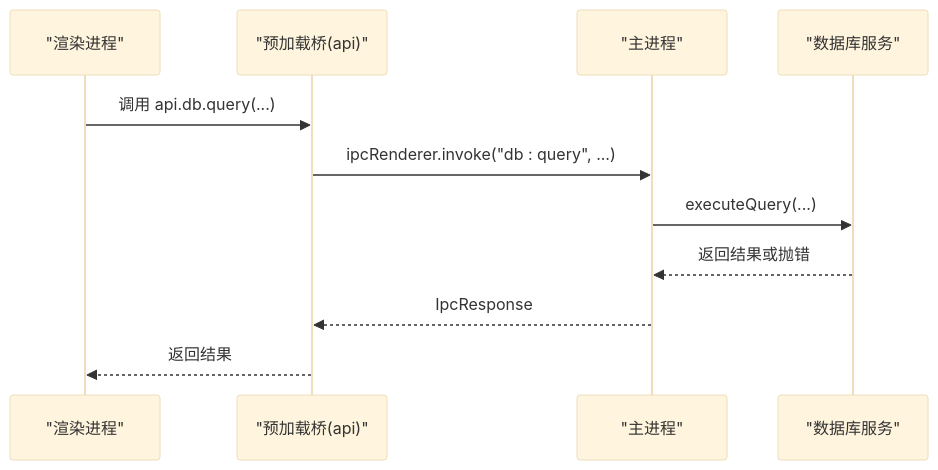
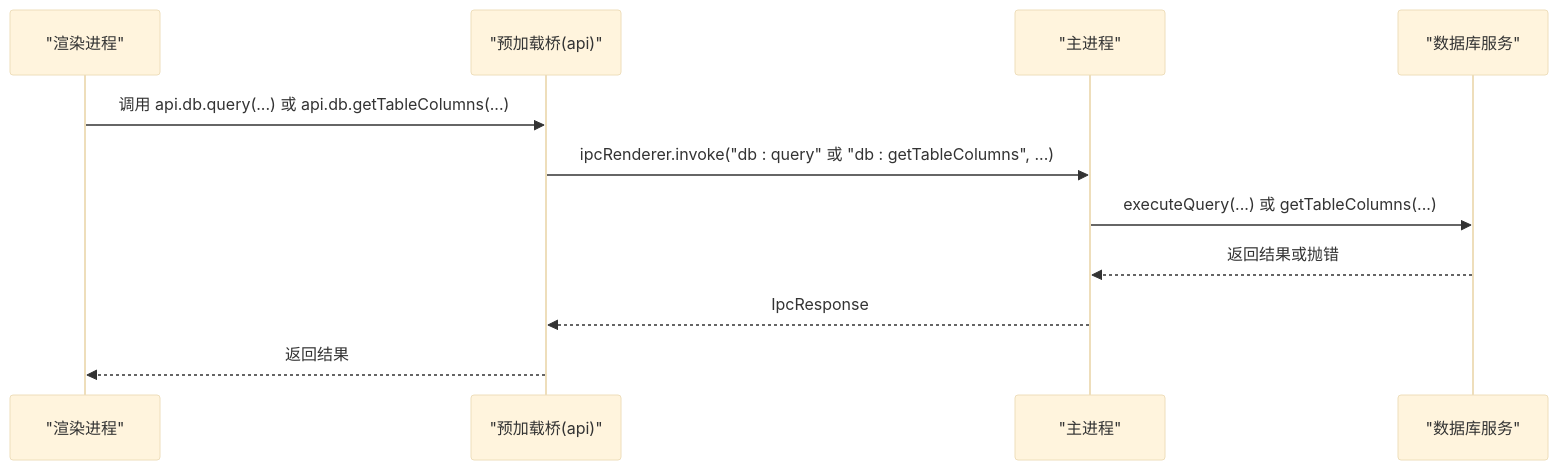
The seventh of 9 diagrams in .qoder/repowiki/zh/content/前端组件系统/查询编辑器组件.md (wwenbo2048/nexsql), drawn with Mermaid (base theme) before and after one commit. The commit also changed other lines of this file and 10 other files, not shown here.

````diff
--- a/.qoder/repowiki/zh/content/前端组件系统/查询编辑器组件.md
+++ b/.qoder/repowiki/zh/content/前端组件系统/查询编辑器组件.md
@@ -451,13 +502,13 @@
 ```mermaid
 sequenceDiagram
 participant R as "渲染进程"
 participant P as "预加载桥(api)"
 participant M as "主进程"
 participant S as "数据库服务"
-R->>P : 调用 api.db.query(...)
-P->>M : ipcRenderer.invoke("db : query", ...)
-M->>S : executeQuery(...)
+R->>P : 调用 api.db.query(...) 或 api.db.getTableColumns(...)
+P->>M : ipcRenderer.invoke("db : query" 或 "db : getTableColumns", ...)
+M->>S : executeQuery(...) 或 getTableColumns(...)
 S-->>M : 返回结果或抛错
 M-->>P : IpcResponse
 P-->>R : 返回结果
 ```
````
